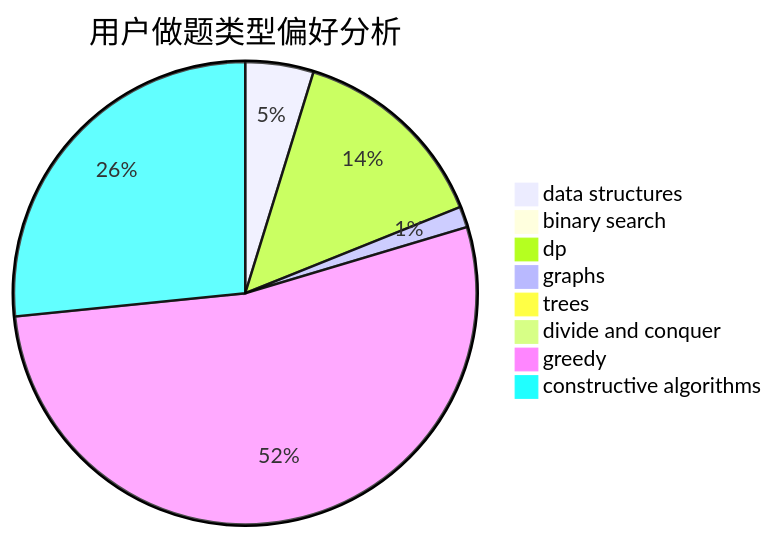
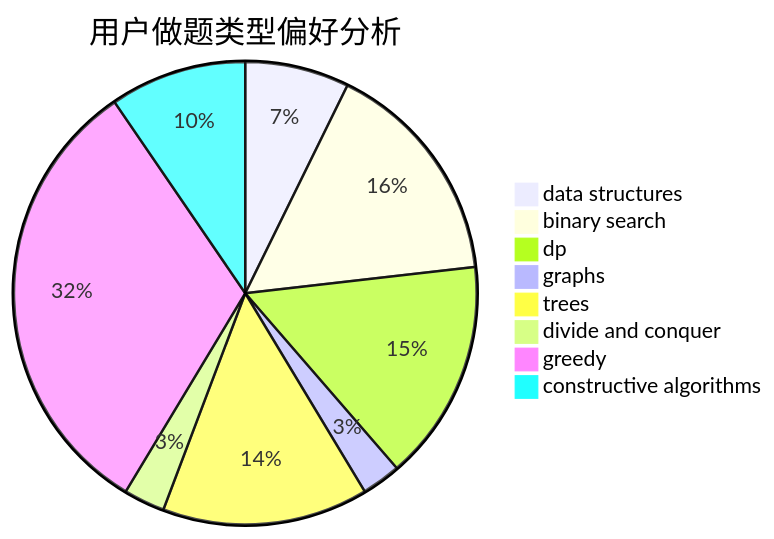
One commit to sherpahu/cfrs.github.io changed the second of 3 diagrams in docs/user/u2636.md. Above: the diagram before and after it, drawn with Mermaid. The commit also changed other lines of this file and 2770 other files, not shown here.

````diff
--- a/docs/user/u2636.md
+++ b/docs/user/u2636.md
@@ -23,11 +23,11 @@
 ```mermaid
 pie title 用户做题类型偏好分析
-    "data structures" :  75
-    "binary search" :  13
-    "dp" :  223
-    "graphs" :  23
-    "trees" :  13
-    "divide and conquer" :  1
-    "greedy" :  835
-    "constructive algorithms" :  419
+    "data structures" :  48
+    "binary search" :  105
+    "dp" :  102
+    "graphs" :  18
+    "trees" :  95
+    "divide and conquer" :  19
+    "greedy" :  210
+    "constructive algorithms" :  63
 ```
````
